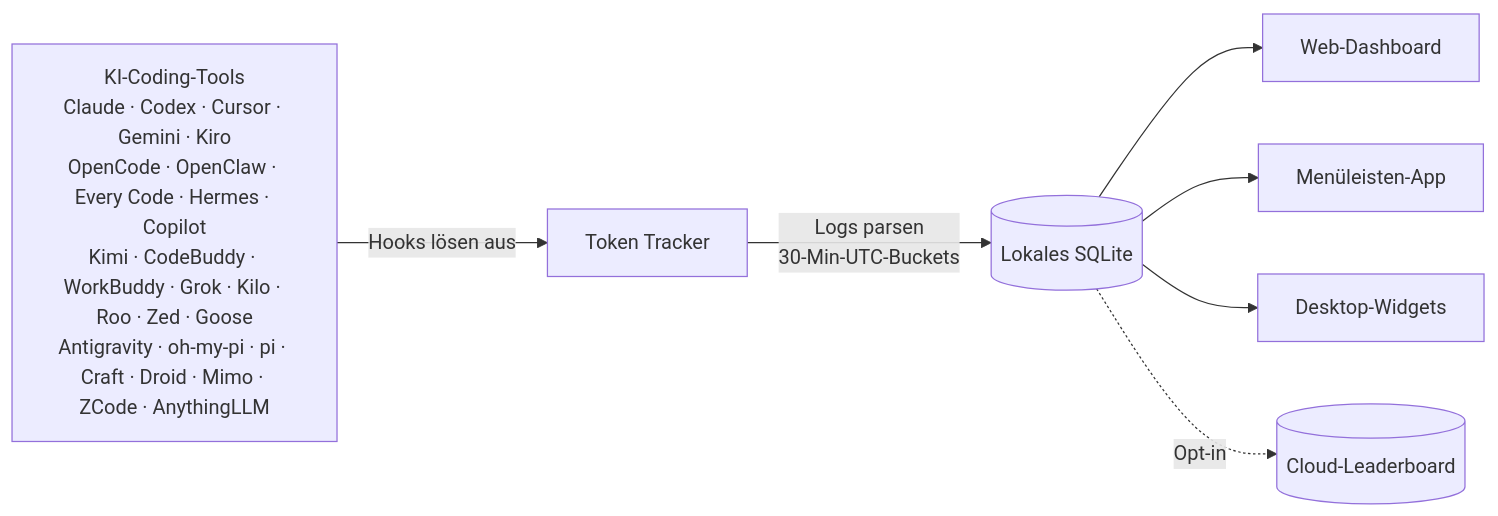
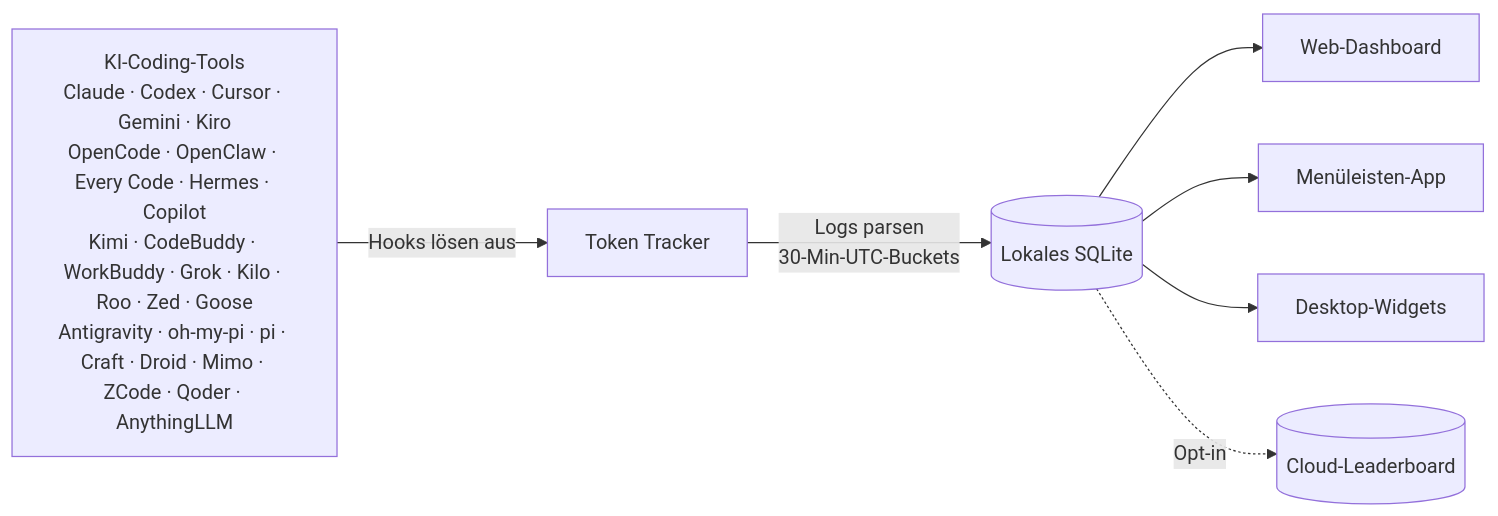
One commit to CrazyForks/TokenTracker changed the diagram in README.de.md. Above: the diagram before and after it, drawn with Mermaid. The commit also changed other lines of this file and 72 other files, not shown here.

````diff
--- a/README.de.md
+++ b/README.de.md
@@ -226,10 +228,10 @@
 ```mermaid
 flowchart LR
-    A["KI-Coding-Tools<br/>Claude · Codex · Cursor · Gemini · Kiro<br/>OpenCode · OpenClaw · Every Code · Hermes · Copilot<br/>Kimi · CodeBuddy · WorkBuddy · Grok · Kilo · Roo · Zed · Goose<br/>Antigravity · oh-my-pi · pi · Craft · Droid · Mimo · ZCode · AnythingLLM"]
+    A["KI-Coding-Tools<br/>Claude · Codex · Cursor · Gemini · Kiro<br/>OpenCode · OpenClaw · Every Code · Hermes · Copilot<br/>Kimi · CodeBuddy · WorkBuddy · Grok · Kilo · Roo · Zed · Goose<br/>Antigravity · oh-my-pi · pi · Craft · Droid · Mimo · ZCode · Qoder · AnythingLLM"]
     A -->|Hooks lösen aus| B[Token Tracker]
     B -->|Logs parsen<br/>30-Min-UTC-Buckets| C[(Lokales SQLite)]
     C --> D[Web-Dashboard]
     C --> E[Menüleisten-App]
     C --> F[Desktop-Widgets]
     C -.->|Opt-in| G[(Cloud-Leaderboard)]
 ```
````
